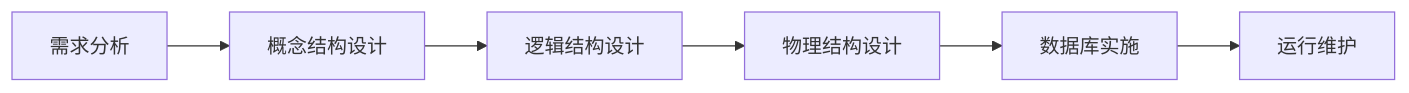
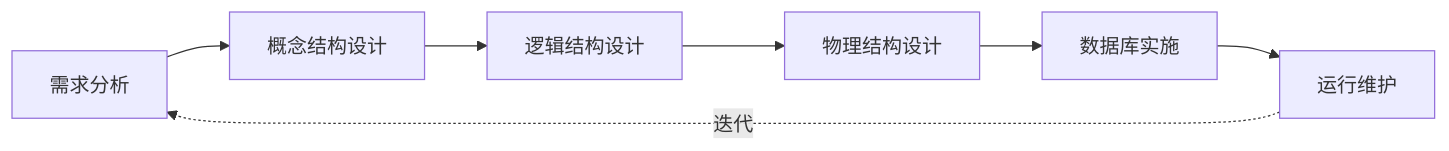
Before and after one commit to Norman-pong/architect-prep: the seventh of 18 diagrams in server/internal/seed/markdown/ch06.md, drawn with Mermaid. The commit also changed other lines of this file and 29 other files, not shown here.

````diff
--- a/server/internal/seed/markdown/ch06.md
+++ b/server/internal/seed/markdown/ch06.md
@@ -49,8 +237,9 @@
 ```mermaid
 flowchart LR
     A[需求分析] --> B[概念结构设计]
     B --> C[逻辑结构设计]
     C --> D[物理结构设计]
     D --> E[数据库实施]
     E --> F[运行维护]
+    F -.迭代.-> A
 ```
````
